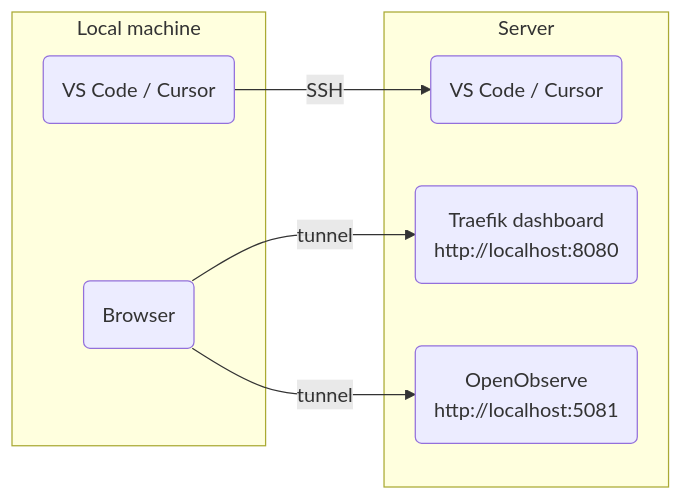
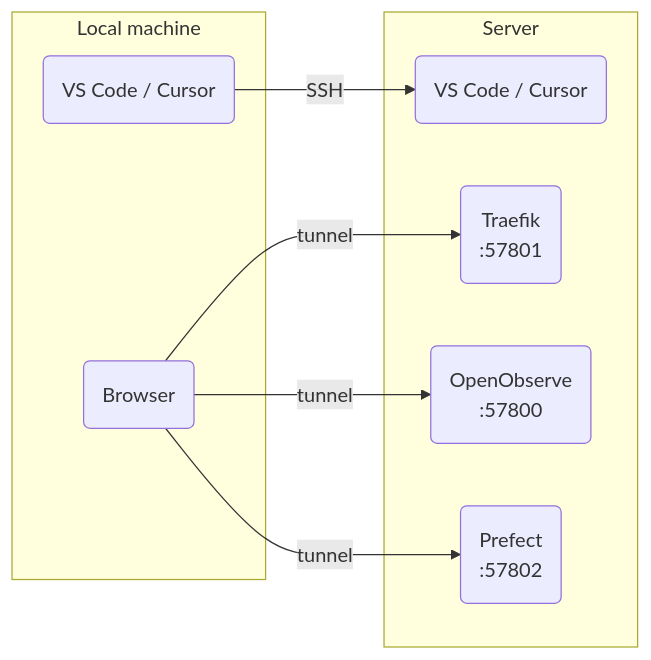
The diagram in docs/remote-ssh.md (rednaw/iac), drawn with Mermaid before and after one commit. The commit also changed other lines of this file and 22 other files, not shown here.

````diff
--- a/docs/remote-ssh.md
+++ b/docs/remote-ssh.md
@@ -7,17 +7,19 @@
 ```mermaid
 flowchart LR
     subgraph LOCAL["Local machine"]
         EDITOR(VS Code / Cursor)
         BROWSER(Browser)
     end
 
     subgraph SERVER["Server"]
         VSCODE(VS Code / Cursor)
-        TRAEFIK(Traefik dashboard<br/>http://localhost:8080)
-        OBSERVE(OpenObserve<br/>http://localhost:5081)
+        TRAEFIK(Traefik<br/>:57801)
+        OBSERVE(OpenObserve<br/>:57800)
+        PREFECT(Prefect<br/>:57802)
     end
 
     EDITOR -->|SSH| VSCODE
     BROWSER -->|tunnel| TRAEFIK
     BROWSER -->|tunnel| OBSERVE
+    BROWSER -->|tunnel| PREFECT
 ```
````
